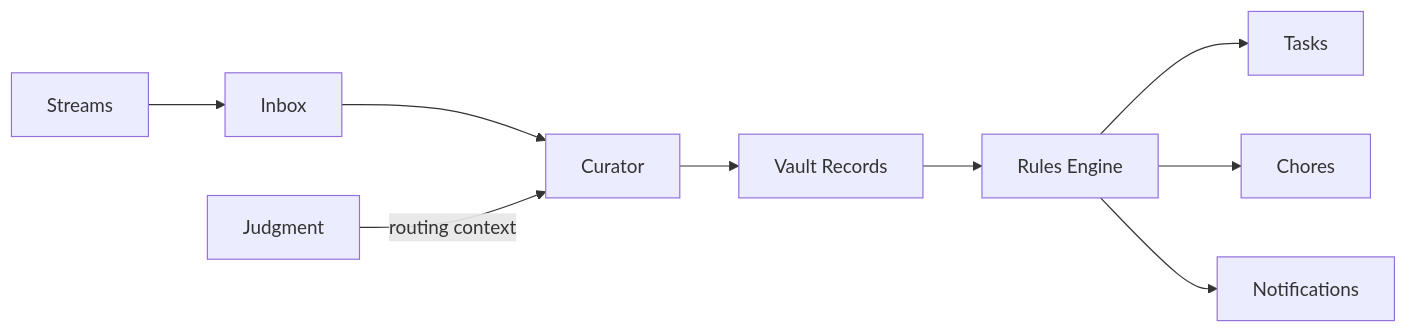
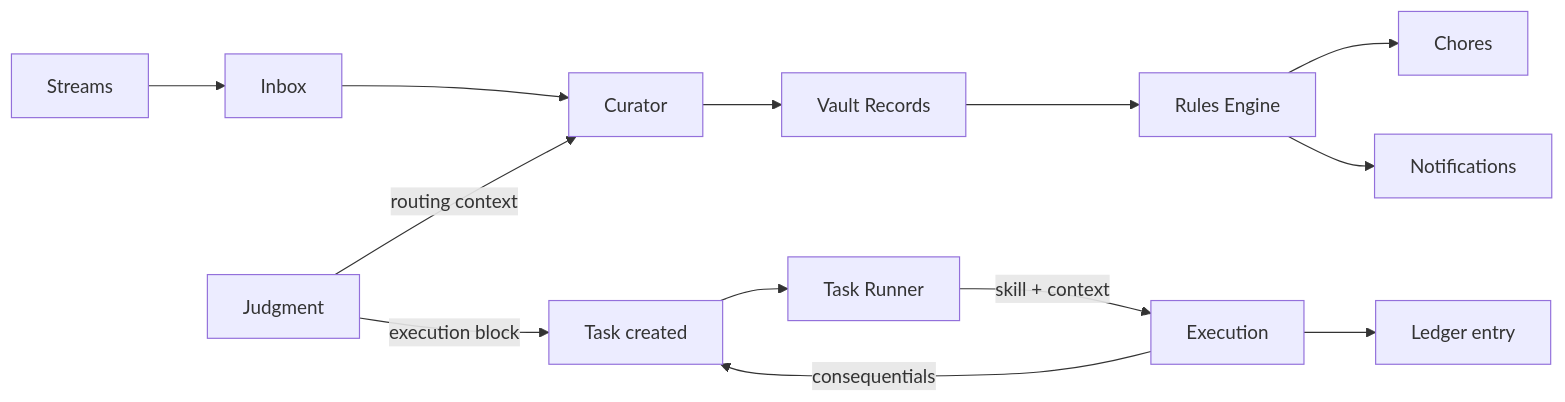
Before and after one commit to ssdavidai/alfred-documentation: the diagram in architecture/kinetic.mdx, drawn with Mermaid. The commit also changed other lines of this file and 5 other files, not shown here.

First line of the commit message:
docs: update for Spec 003 Phases 1-5 — task execution, skills, triage rename (#5)

````diff
--- a/architecture/kinetic.mdx
+++ b/architecture/kinetic.mdx
@@ -62,11 +86,15 @@
 ```mermaid
 graph LR
     A[Streams] --> B[Inbox]
     B --> C[Curator]
     C --> D[Vault Records]
     D --> E[Rules Engine]
-    E --> F[Tasks]
     E --> G[Chores]
     E --> H[Notifications]
     I[Judgment] -->|routing context| C
+    I -->|execution block| J[Task created]
+    J --> K[Task Runner]
+    K -->|skill + context| L[Execution]
+    L --> M[Ledger entry]
+    L -->|consequentials| J
 ```
````
